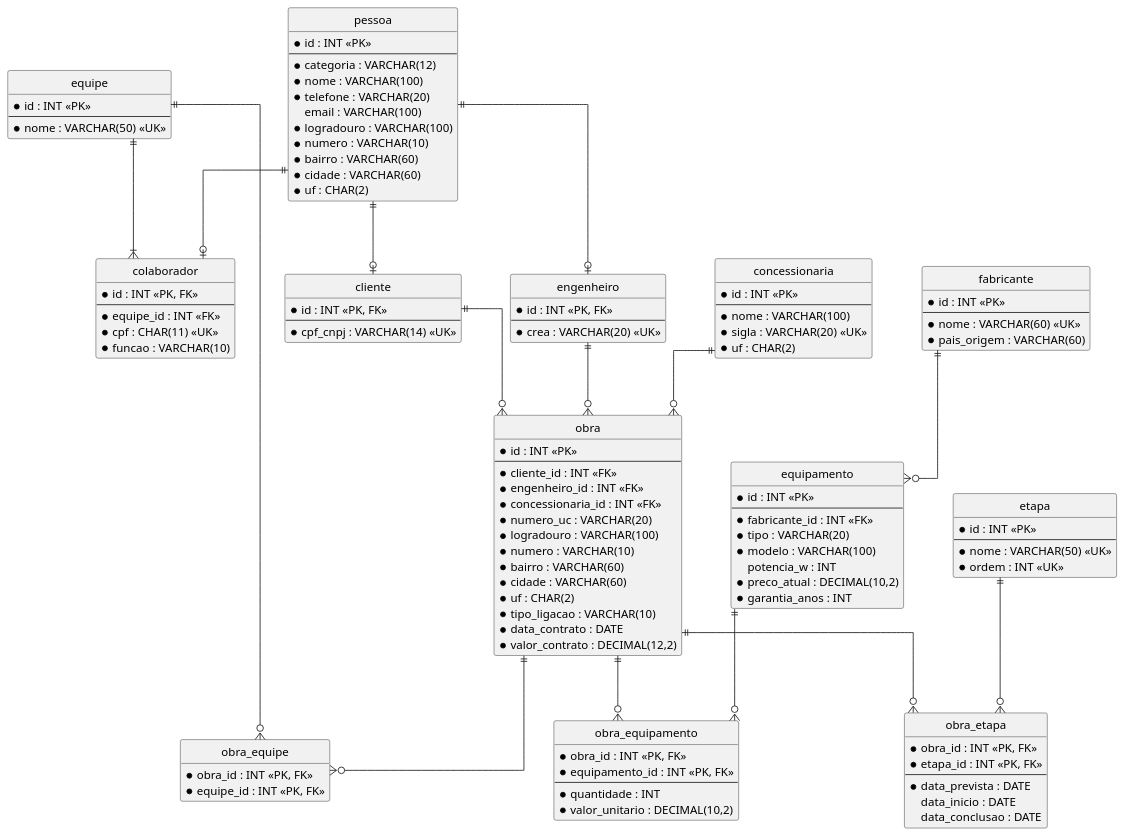
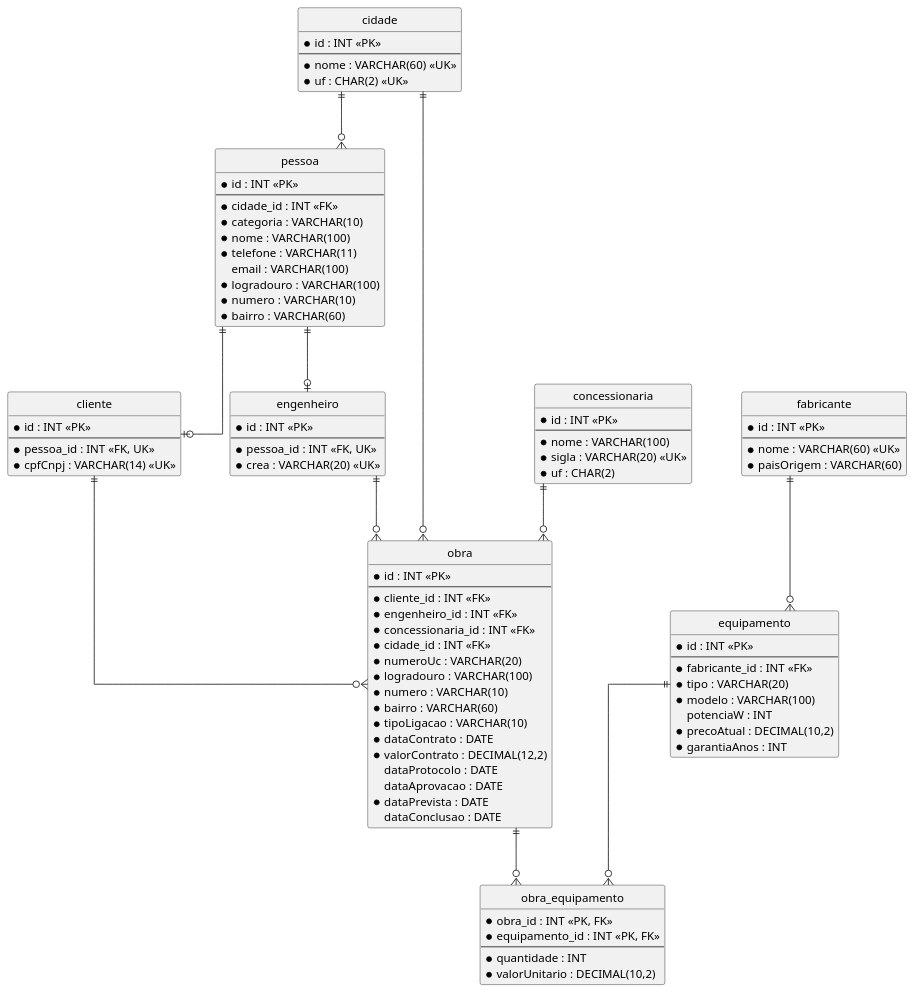
The diagram in documentacao/modelo_logico.puml (christianoeds/gestao_fotovoltaica), drawn with PlantUML before and after one commit. The commit also changed 16 other files, not shown here.

```diff
--- a/documentacao/modelo_logico.puml
+++ b/documentacao/modelo_logico.puml
@@ -1,151 +1,121 @@
 @startuml modelo_logico
 ' Modelo lógico (notação pé de galinha): Gestão Fotovoltaica
 ' Para gerar a imagem: plugin PlantUML do PhpStorm (requer Graphviz).
 '
 ' Legenda:  * = obrigatório (NOT NULL)   PK = chave primária   FK = chave estrangeira   UK = único
 
 hide circle
 hide empty methods
 skinparam linetype ortho
 skinparam nodesep 60
 skinparam ranksep 70
 
+entity "cidade" as cidade {
+  * id : INT <<PK>>
+  --
+  * nome : VARCHAR(60) <<UK>>
+  * uf : CHAR(2) <<UK>>
+}
+
 ' ---------- Herança: pessoa e suas especializações ----------
 
 entity "pessoa" as pessoa {
   * id : INT <<PK>>
   --
-  * categoria : VARCHAR(12)
+  * cidade_id : INT <<FK>>
+  * categoria : VARCHAR(10)
   * nome : VARCHAR(100)
-  * telefone : VARCHAR(20)
+  * telefone : VARCHAR(11)
     email : VARCHAR(100)
   * logradouro : VARCHAR(100)
   * numero : VARCHAR(10)
   * bairro : VARCHAR(60)
-  * cidade : VARCHAR(60)
-  * uf : CHAR(2)
 }
 
 entity "cliente" as cliente {
-  * id : INT <<PK, FK>>
+  * id : INT <<PK>>
   --
-  * cpf_cnpj : VARCHAR(14) <<UK>>
+  * pessoa_id : INT <<FK, UK>>
+  * cpfCnpj : VARCHAR(14) <<UK>>
 }
 
 entity "engenheiro" as engenheiro {
-  * id : INT <<PK, FK>>
+  * id : INT <<PK>>
   --
+  * pessoa_id : INT <<FK, UK>>
   * crea : VARCHAR(20) <<UK>>
-}
-
-entity "colaborador" as colaborador {
-  * id : INT <<PK, FK>>
-  --
-  * equipe_id : INT <<FK>>
-  * cpf : CHAR(11) <<UK>>
-  * funcao : VARCHAR(10)
 }
 
 ' ---------- Demais tabelas ----------
 
 entity "concessionaria" as concessionaria {
   * id : INT <<PK>>
   --
   * nome : VARCHAR(100)
   * sigla : VARCHAR(20) <<UK>>
   * uf : CHAR(2)
 }
 
 entity "obra" as obra {
   * id : INT <<PK>>
   --
   * cliente_id : INT <<FK>>
   * engenheiro_id : INT <<FK>>
   * concessionaria_id : INT <<FK>>
-  * numero_uc : VARCHAR(20)
+  * cidade_id : INT <<FK>>
+  * numeroUc : VARCHAR(20)
   * logradouro : VARCHAR(100)
   * numero : VARCHAR(10)
   * bairro : VARCHAR(60)
-  * cidade : VARCHAR(60)
-  * uf : CHAR(2)
-  * tipo_ligacao : VARCHAR(10)
-  * data_contrato : DATE
-  * valor_contrato : DECIMAL(12,2)
-}
-
-entity "equipe" as equipe {
-  * id : INT <<PK>>
-  --
-  * nome : VARCHAR(50) <<UK>>
-}
-
-entity "obra_equipe" as obra_equipe {
-  * obra_id : INT <<PK, FK>>
-  * equipe_id : INT <<PK, FK>>
+  * tipoLigacao : VARCHAR(10)
+  * dataContrato : DATE
+  * valorContrato : DECIMAL(12,2)
+    dataProtocolo : DATE
+    dataAprovacao : DATE
+  * dataPrevista : DATE
+    dataConclusao : DATE
 }
 
 entity "fabricante" as fabricante {
   * id : INT <<PK>>
   --
   * nome : VARCHAR(60) <<UK>>
-  * pais_origem : VARCHAR(60)
+  * paisOrigem : VARCHAR(60)
 }
 
 entity "equipamento" as equipamento {
   * id : INT <<PK>>
   --
   * fabricante_id : INT <<FK>>
   * tipo : VARCHAR(20)
   * modelo : VARCHAR(100)
-    potencia_w : INT
-  * preco_atual : DECIMAL(10,2)
-  * garantia_anos : INT
+    potenciaW : INT
+  * precoAtual : DECIMAL(10,2)
+  * garantiaAnos : INT
 }
 
 entity "obra_equipamento" as obra_equipamento {
   * obra_id : INT <<PK, FK>>
   * equipamento_id : INT <<PK, FK>>
   --
   * quantidade : INT
-  * valor_unitario : DECIMAL(10,2)
-}
-
-entity "etapa" as etapa {
-  * id : INT <<PK>>
-  --
-  * nome : VARCHAR(50) <<UK>>
-  * ordem : INT <<UK>>
-}
-
-entity "obra_etapa" as obra_etapa {
-  * obra_id : INT <<PK, FK>>
-  * etapa_id : INT <<PK, FK>>
-  --
-  * data_prevista : DATE
-    data_inicio : DATE
-    data_conclusao : DATE
+  * valorUnitario : DECIMAL(10,2)
 }
 
 ' Herança (1:1 opcional do lado da especialização)
-pessoa  ||--o| cliente
-pessoa  ||--o| engenheiro
-pessoa  ||--o| colaborador
+pessoa ||--o| cliente
+pessoa ||--o| engenheiro
 
 ' Relacionamentos
+cidade ||--o{ pessoa
+cidade ||--o{ obra
+
 cliente        ||--o{ obra
 engenheiro     ||--o{ obra
 concessionaria ||--o{ obra
-
-equipe ||--|{ colaborador
-
-obra   ||--o{ obra_equipe
-equipe ||--o{ obra_equipe
 
 fabricante  ||--o{ equipamento
 obra        ||--o{ obra_equipamento
 equipamento ||--o{ obra_equipamento
 
-obra  ||--o{ obra_etapa
-etapa ||--o{ obra_etapa
-
 @enduml
```
